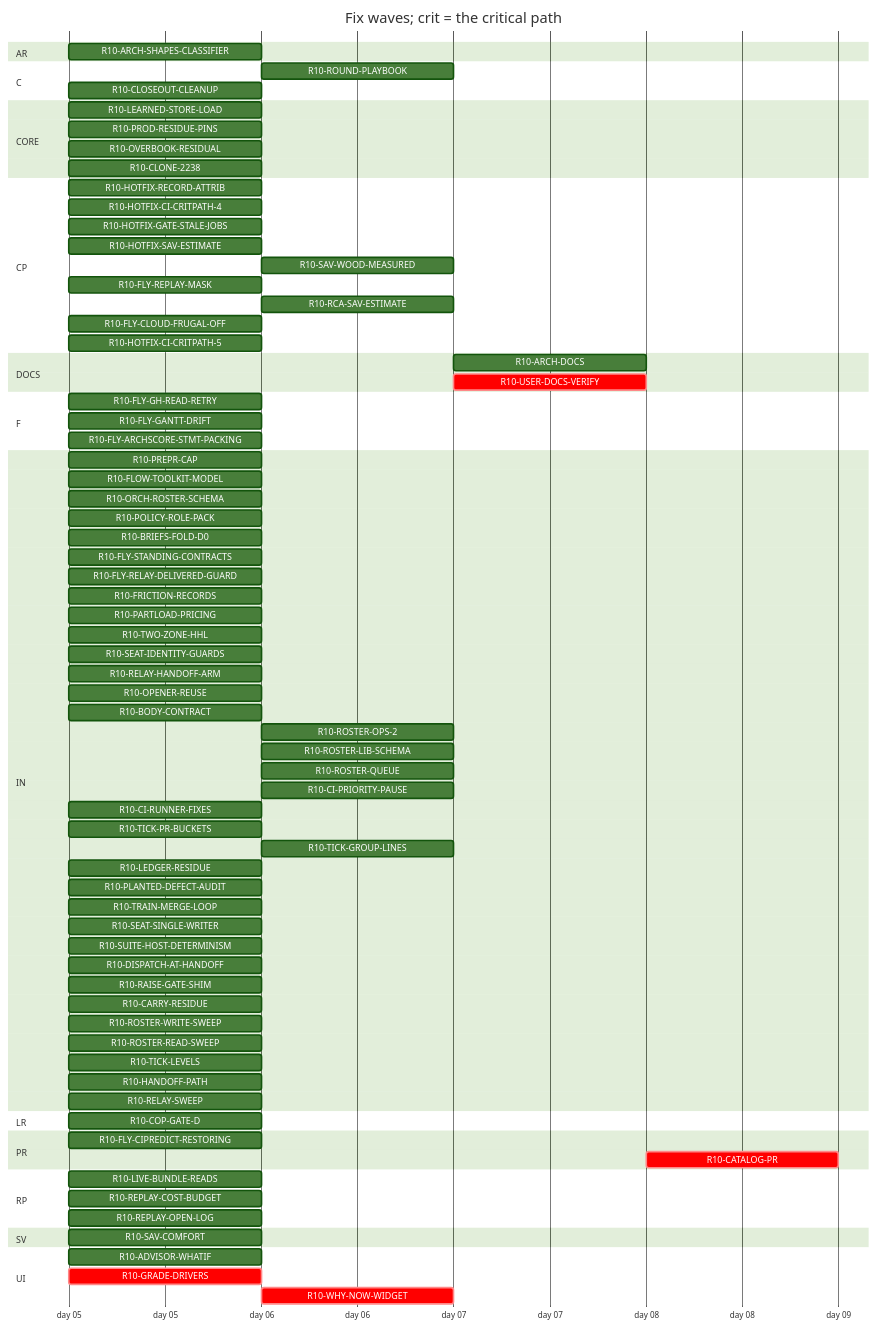
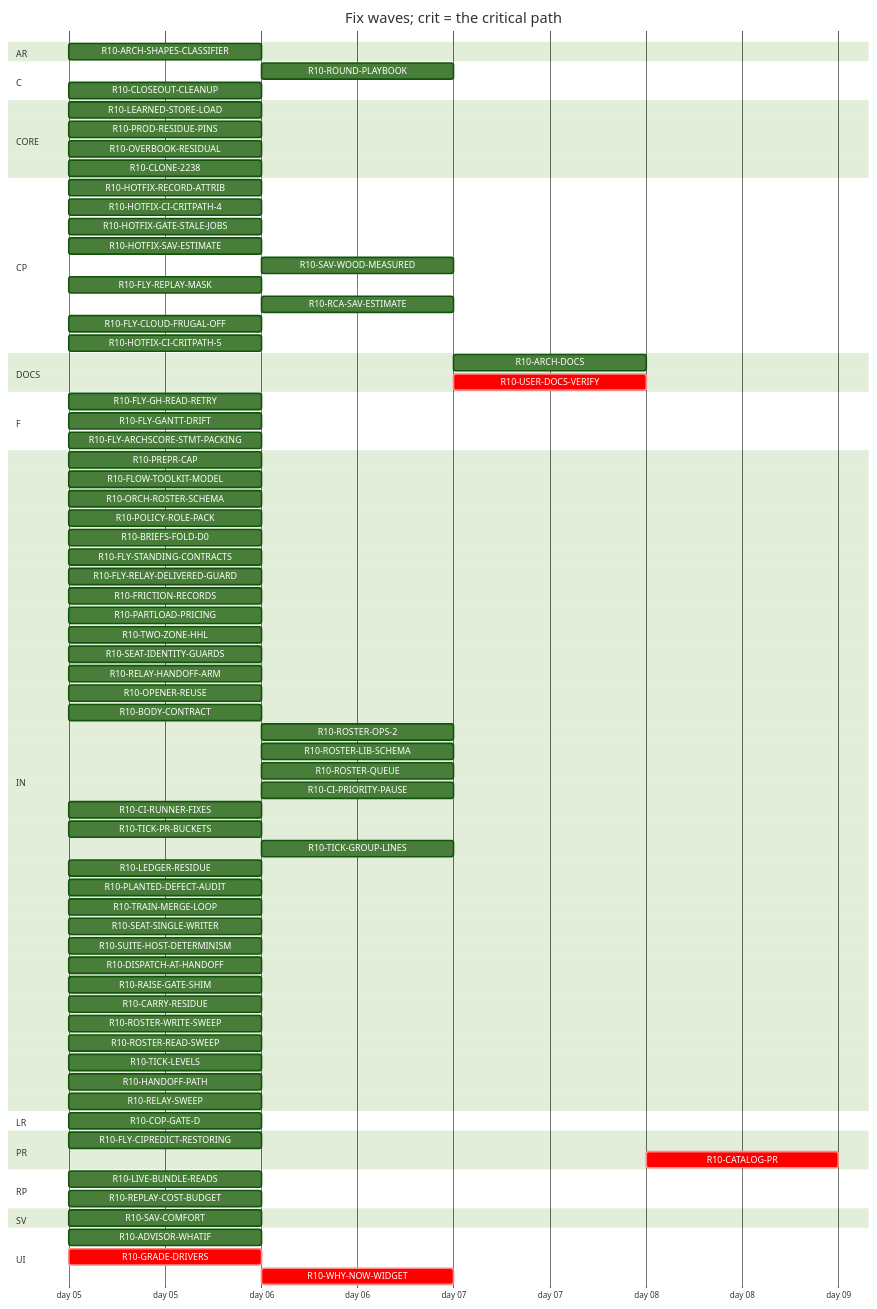
One commit to tvofi/heatpump_optimizer changed the diagram in handoff/round10/state/PLAN-TABLE.md. Above: the diagram before and after it, drawn with Mermaid (forest theme). The commit also changed other lines of this file and 3 other files, not shown here.

Commit message:
state: FLOW-BOARD.md, NEXT-SESSION-PROMPT.md, PLAN-TABLE.md, RESUME-CURRENT.md regenerated (state_docs.py)

```diff
--- a/handoff/round10/state/PLAN-TABLE.md
+++ b/handoff/round10/state/PLAN-TABLE.md
@@ -48,8 +48,8 @@
     R10-FLY-CLOUD-FRUGAL-OFF :r10FLYCLOUDFRUGALOFF, 2026-01-05, 1d
     R10-HOTFIX-CI-CRITPATH-5 :r10HOTFIXCICRITPATH5, 2026-01-05, 1d
   section DOCS
-    R10-ARCH-DOCS :r10ARCHDOCS, after r10CARRYRESIDUE r10OVERBOOKRESIDUAL r10CLONE2238 r10SAVCOMFORT r10COPGATED r10GRADEDRIVERS r10WHYNOWWIDGET r10PARTLOADPRICING r10TWOZONEHHL r10ARCHSHAPESCLASSIFIER r10ADVISORWHATIF r10LEARNEDSTORELOAD r10PRODRESIDUEPINS r10LIVEBUNDLEREADS r10REPLAYCOSTBUDGET r10REPLAYOPENLOG r10PREPRCAP r10HANDOFFPATH r10RELAYSWEEP r10TRAINMERGELOOP r10DISPATCHATHANDOFF r10BODYCONTRACT r10TICKLEVELS r10CIPRIORITYPAUSE r10ROSTERWRITESWEEP r10ROSTERREADSWEEP r10FLYSTANDINGCONTRACTS r10POLICYROLEPACK r10FRICTIONRECORDS r10FLOWTOOLKITMODEL r10SEATIDENTITYGUARDS r10LEDGERRESIDUE r10CIRUNNERFIXES r10FLYCIPREDICTRESTORING r10RAISEGATESHIM r10PLANTEDDEFECTAUDIT r10FLYGHREADRETRY r10SUITEHOSTDETERMINISM, 1d
-    R10-USER-DOCS-VERIFY :crit, r10USERDOCSVERIFY, after r10CARRYRESIDUE r10OVERBOOKRESIDUAL r10CLONE2238 r10SAVCOMFORT r10COPGATED r10GRADEDRIVERS r10WHYNOWWIDGET r10PARTLOADPRICING r10TWOZONEHHL r10ARCHSHAPESCLASSIFIER r10ADVISORWHATIF r10LEARNEDSTORELOAD r10PRODRESIDUEPINS r10LIVEBUNDLEREADS r10REPLAYCOSTBUDGET r10REPLAYOPENLOG, 1d
+    R10-ARCH-DOCS :r10ARCHDOCS, after r10CARRYRESIDUE r10OVERBOOKRESIDUAL r10CLONE2238 r10SAVCOMFORT r10COPGATED r10GRADEDRIVERS r10WHYNOWWIDGET r10PARTLOADPRICING r10TWOZONEHHL r10ARCHSHAPESCLASSIFIER r10ADVISORWHATIF r10LEARNEDSTORELOAD r10PRODRESIDUEPINS r10LIVEBUNDLEREADS r10REPLAYCOSTBUDGET r10PREPRCAP r10HANDOFFPATH r10RELAYSWEEP r10TRAINMERGELOOP r10DISPATCHATHANDOFF r10BODYCONTRACT r10TICKLEVELS r10CIPRIORITYPAUSE r10ROSTERWRITESWEEP r10ROSTERREADSWEEP r10FLYSTANDINGCONTRACTS r10POLICYROLEPACK r10FRICTIONRECORDS r10FLOWTOOLKITMODEL r10SEATIDENTITYGUARDS r10LEDGERRESIDUE r10CIRUNNERFIXES r10FLYCIPREDICTRESTORING r10RAISEGATESHIM r10PLANTEDDEFECTAUDIT r10FLYGHREADRETRY r10SUITEHOSTDETERMINISM, 1d
+    R10-USER-DOCS-VERIFY :crit, r10USERDOCSVERIFY, after r10CARRYRESIDUE r10OVERBOOKRESIDUAL r10CLONE2238 r10SAVCOMFORT r10COPGATED r10GRADEDRIVERS r10WHYNOWWIDGET r10PARTLOADPRICING r10TWOZONEHHL r10ARCHSHAPESCLASSIFIER r10ADVISORWHATIF r10LEARNEDSTORELOAD r10PRODRESIDUEPINS r10LIVEBUNDLEREADS r10REPLAYCOSTBUDGET, 1d
   section F
     R10-FLY-GH-READ-RETRY :r10FLYGHREADRETRY, 2026-01-05, 1d
     R10-FLY-GANTT-DRIFT :r10FLYGANTTDRIFT, 2026-01-05, 1d
@@ -97,7 +97,6 @@
   section RP
     R10-LIVE-BUNDLE-READS :r10LIVEBUNDLEREADS, 2026-01-05, 1d
     R10-REPLAY-COST-BUDGET :r10REPLAYCOSTBUDGET, 2026-01-05, 1d
-    R10-REPLAY-OPEN-LOG :r10REPLAYOPENLOG, 2026-01-05, 1d
   section SV
     R10-SAV-COMFORT :r10SAVCOMFORT, 2026-01-05, 1d
   section UI
```
